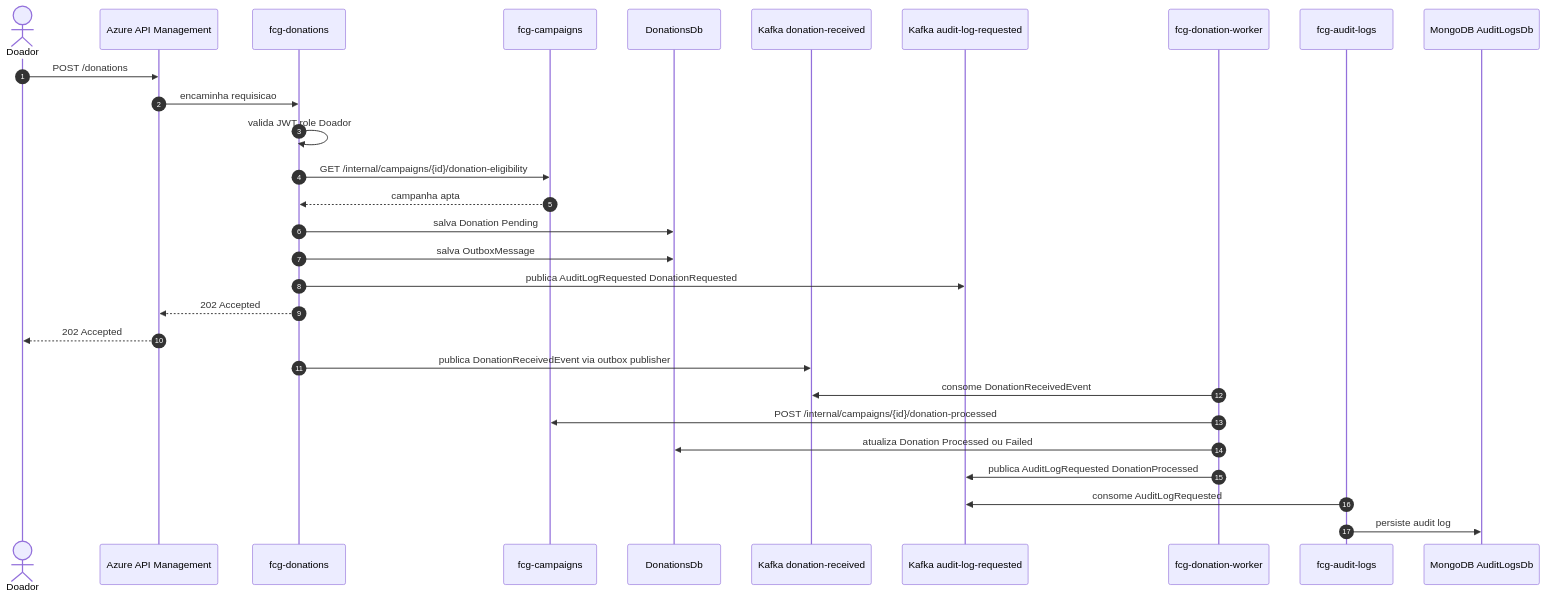
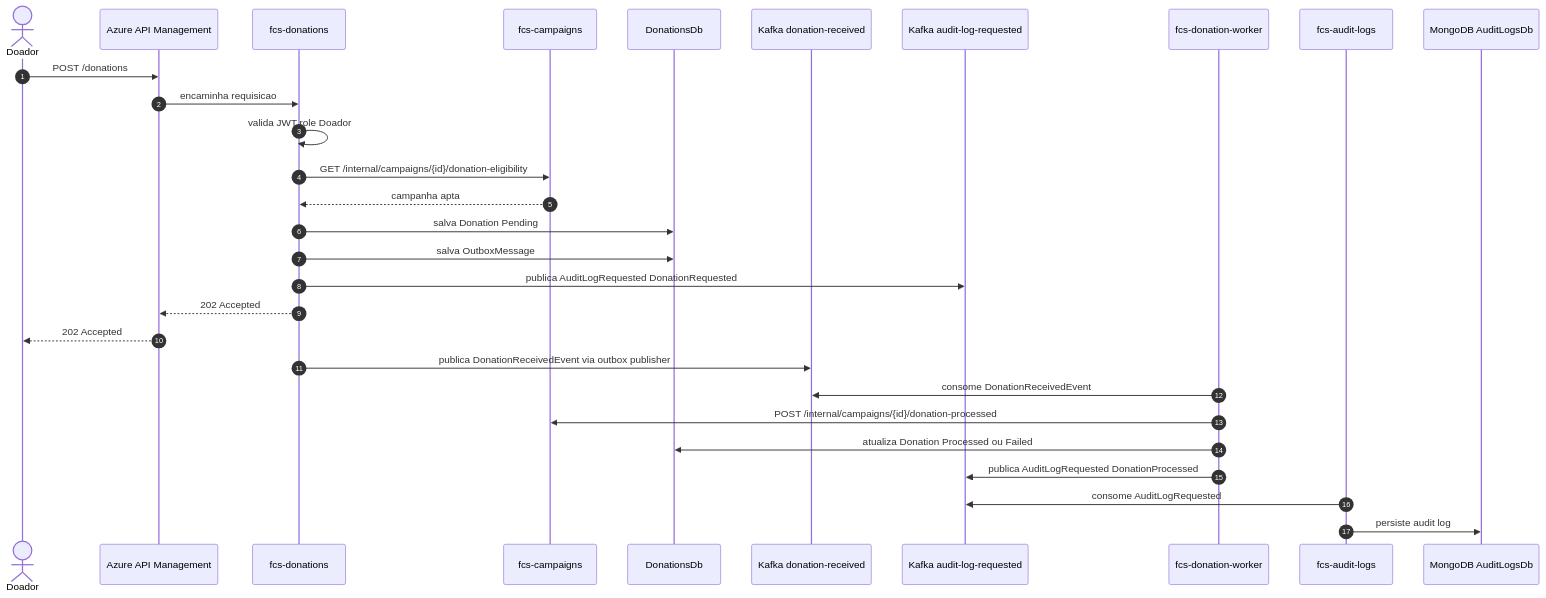
The diagram in architecture/overview.md (group10-tc-01/fcs-fase05-docs), drawn with Mermaid before and after one commit. The commit also changed other lines of this file and 36 other files, not shown here.

Commit message:
chore: renomado de: {fcg-|fcg.} para: {fcs-|fcs.} em todos os projetos e referências

````diff
--- a/architecture/overview.md
+++ b/architecture/overview.md
@@ -452,32 +452,32 @@
 ```mermaid
 sequenceDiagram
     autonumber
     actor Donor as Doador
     participant APIM as Azure API Management
-    participant DonationsApi as fcg-donations
-    participant CampaignsApi as fcg-campaigns
+    participant DonationsApi as fcs-donations
+    participant CampaignsApi as fcs-campaigns
     participant DonationsDb as DonationsDb
     participant Kafka as Kafka donation-received
     participant AuditKafka as Kafka audit-log-requested
-    participant Worker as fcg-donation-worker
-    participant AuditWorker as fcg-audit-logs
+    participant Worker as fcs-donation-worker
+    participant AuditWorker as fcs-audit-logs
     participant Mongo as MongoDB AuditLogsDb
 
     Donor->>APIM: POST /donations
     APIM->>DonationsApi: encaminha requisicao
     DonationsApi->>DonationsApi: valida JWT role Doador
     DonationsApi->>CampaignsApi: GET /internal/campaigns/{id}/donation-eligibility
     CampaignsApi-->>DonationsApi: campanha apta
     DonationsApi->>DonationsDb: salva Donation Pending
     DonationsApi->>DonationsDb: salva OutboxMessage
     DonationsApi->>AuditKafka: publica AuditLogRequested DonationRequested
     DonationsApi-->>APIM: 202 Accepted
     APIM-->>Donor: 202 Accepted
     DonationsApi->>Kafka: publica DonationReceivedEvent via outbox publisher
     Worker->>Kafka: consome DonationReceivedEvent
     Worker->>CampaignsApi: POST /internal/campaigns/{id}/donation-processed
     Worker->>DonationsDb: atualiza Donation Processed ou Failed
     Worker->>AuditKafka: publica AuditLogRequested DonationProcessed
     AuditWorker->>AuditKafka: consome AuditLogRequested
     AuditWorker->>Mongo: persiste audit log
 ```
````
